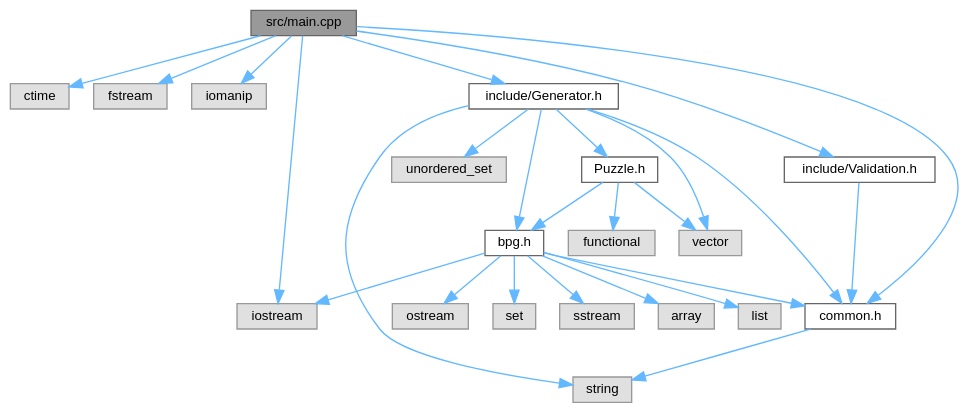
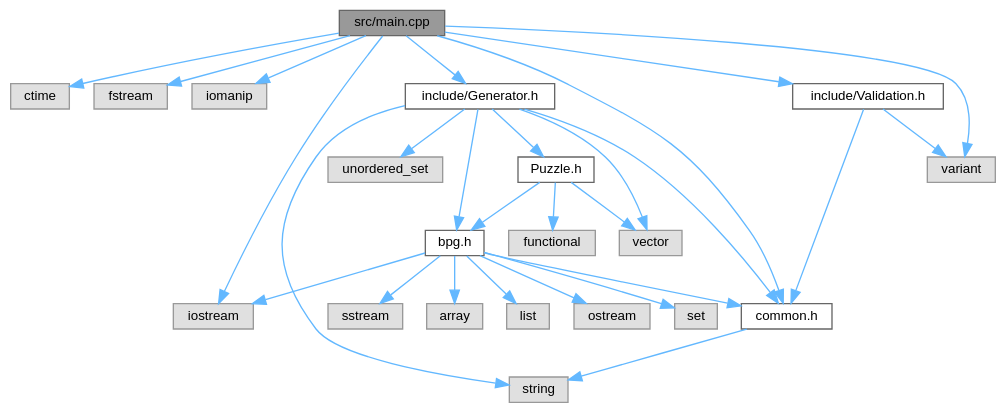
Before and after one commit to Dio720/Battleship-Puzzle-Game-Generator-docs: the diagram in docs/main_8cpp__incl.dot, drawn with Graphviz. The commit also changed 15 other files, not shown here.

```diff
--- a/docs/main_8cpp__incl.dot
+++ b/docs/main_8cpp__incl.dot
@@ -1,51 +1,54 @@
 digraph "src/main.cpp"
 {
  // LATEX_PDF_SIZE
   bgcolor="transparent";
   edge [fontname=Helvetica,fontsize=10,labelfontname=Helvetica,labelfontsize=10];
   node [fontname=Helvetica,fontsize=10,shape=box,height=0.2,width=0.4];
   Node1 [id="Node000001",label="src/main.cpp",height=0.2,width=0.4,color="gray40", fillcolor="grey60", style="filled", fontcolor="black",tooltip="Battleship Puzzle Generator."];
   Node1 -> Node2 [id="edge1_Node000001_Node000002",color="steelblue1",style="solid",tooltip=" "];
   Node2 [id="Node000002",label="ctime",height=0.2,width=0.4,color="grey60", fillcolor="#E0E0E0", style="filled",tooltip=" "];
   Node1 -> Node3 [id="edge2_Node000001_Node000003",color="steelblue1",style="solid",tooltip=" "];
   Node3 [id="Node000003",label="fstream",height=0.2,width=0.4,color="grey60", fillcolor="#E0E0E0", style="filled",tooltip=" "];
   Node1 -> Node4 [id="edge3_Node000001_Node000004",color="steelblue1",style="solid",tooltip=" "];
   Node4 [id="Node000004",label="iomanip",height=0.2,width=0.4,color="grey60", fillcolor="#E0E0E0", style="filled",tooltip=" "];
   Node1 -> Node5 [id="edge4_Node000001_Node000005",color="steelblue1",style="solid",tooltip=" "];
   Node5 [id="Node000005",label="iostream",height=0.2,width=0.4,color="grey60", fillcolor="#E0E0E0", style="filled",tooltip=" "];
   Node1 -> Node6 [id="edge5_Node000001_Node000006",color="steelblue1",style="solid",tooltip=" "];
-  Node6 [id="Node000006",label="include/Generator.h",height=0.2,width=0.4,color="grey40", fillcolor="white", style="filled",URL="$_generator_8h.html",tooltip=" "];
-  Node6 -> Node7 [id="edge6_Node000006_Node000007",color="steelblue1",style="solid",tooltip=" "];
-  Node7 [id="Node000007",label="string",height=0.2,width=0.4,color="grey60", fillcolor="#E0E0E0", style="filled",tooltip=" "];
-  Node6 -> Node8 [id="edge7_Node000006_Node000008",color="steelblue1",style="solid",tooltip=" "];
-  Node8 [id="Node000008",label="vector",height=0.2,width=0.4,color="grey60", fillcolor="#E0E0E0", style="filled",tooltip=" "];
-  Node6 -> Node9 [id="edge8_Node000006_Node000009",color="steelblue1",style="solid",tooltip=" "];
-  Node9 [id="Node000009",label="Puzzle.h",height=0.2,width=0.4,color="grey40", fillcolor="white", style="filled",URL="$_puzzle_8h.html",tooltip=" "];
-  Node9 -> Node10 [id="edge9_Node000009_Node000010",color="steelblue1",style="solid",tooltip=" "];
-  Node10 [id="Node000010",label="functional",height=0.2,width=0.4,color="grey60", fillcolor="#E0E0E0", style="filled",tooltip=" "];
-  Node9 -> Node8 [id="edge10_Node000009_Node000008",color="steelblue1",style="solid",tooltip=" "];
-  Node9 -> Node11 [id="edge11_Node000009_Node000011",color="steelblue1",style="solid",tooltip=" "];
-  Node11 [id="Node000011",label="bpg.h",height=0.2,width=0.4,color="grey40", fillcolor="white", style="filled",URL="$bpg_8h.html",tooltip=" "];
-  Node11 -> Node12 [id="edge12_Node000011_Node000012",color="steelblue1",style="solid",tooltip=" "];
-  Node12 [id="Node000012",label="array",height=0.2,width=0.4,color="grey60", fillcolor="#E0E0E0", style="filled",tooltip=" "];
-  Node11 -> Node5 [id="edge13_Node000011_Node000005",color="steelblue1",style="solid",tooltip=" "];
-  Node11 -> Node13 [id="edge14_Node000011_Node000013",color="steelblue1",style="solid",tooltip=" "];
-  Node13 [id="Node000013",label="list",height=0.2,width=0.4,color="grey60", fillcolor="#E0E0E0", style="filled",tooltip=" "];
-  Node11 -> Node14 [id="edge15_Node000011_Node000014",color="steelblue1",style="solid",tooltip=" "];
-  Node14 [id="Node000014",label="ostream",height=0.2,width=0.4,color="grey60", fillcolor="#E0E0E0", style="filled",tooltip=" "];
-  Node11 -> Node15 [id="edge16_Node000011_Node000015",color="steelblue1",style="solid",tooltip=" "];
-  Node15 [id="Node000015",label="set",height=0.2,width=0.4,color="grey60", fillcolor="#E0E0E0", style="filled",tooltip=" "];
-  Node11 -> Node16 [id="edge17_Node000011_Node000016",color="steelblue1",style="solid",tooltip=" "];
-  Node16 [id="Node000016",label="sstream",height=0.2,width=0.4,color="grey60", fillcolor="#E0E0E0", style="filled",tooltip=" "];
-  Node11 -> Node17 [id="edge18_Node000011_Node000017",color="steelblue1",style="solid",tooltip=" "];
-  Node17 [id="Node000017",label="common.h",height=0.2,width=0.4,color="grey40", fillcolor="white", style="filled",URL="$common_8h.html",tooltip=" "];
-  Node17 -> Node7 [id="edge19_Node000017_Node000007",color="steelblue1",style="solid",tooltip=" "];
-  Node6 -> Node11 [id="edge20_Node000006_Node000011",color="steelblue1",style="solid",tooltip=" "];
-  Node6 -> Node17 [id="edge21_Node000006_Node000017",color="steelblue1",style="solid",tooltip=" "];
-  Node6 -> Node18 [id="edge22_Node000006_Node000018",color="steelblue1",style="solid",tooltip=" "];
-  Node18 [id="Node000018",label="unordered_set",height=0.2,width=0.4,color="grey60", fillcolor="#E0E0E0", style="filled",tooltip=" "];
-  Node1 -> Node19 [id="edge23_Node000001_Node000019",color="steelblue1",style="solid",tooltip=" "];
-  Node19 [id="Node000019",label="include/Validation.h",height=0.2,width=0.4,color="grey40", fillcolor="white", style="filled",URL="$_validation_8h.html",tooltip=" "];
-  Node19 -> Node17 [id="edge24_Node000019_Node000017",color="steelblue1",style="solid",tooltip=" "];
-  Node1 -> Node17 [id="edge25_Node000001_Node000017",color="steelblue1",style="solid",tooltip=" "];
+  Node6 [id="Node000006",label="variant",height=0.2,width=0.4,color="grey60", fillcolor="#E0E0E0", style="filled",tooltip=" "];
+  Node1 -> Node7 [id="edge6_Node000001_Node000007",color="steelblue1",style="solid",tooltip=" "];
+  Node7 [id="Node000007",label="include/Generator.h",height=0.2,width=0.4,color="grey40", fillcolor="white", style="filled",URL="$_generator_8h.html",tooltip=" "];
+  Node7 -> Node8 [id="edge7_Node000007_Node000008",color="steelblue1",style="solid",tooltip=" "];
+  Node8 [id="Node000008",label="string",height=0.2,width=0.4,color="grey60", fillcolor="#E0E0E0", style="filled",tooltip=" "];
+  Node7 -> Node9 [id="edge8_Node000007_Node000009",color="steelblue1",style="solid",tooltip=" "];
+  Node9 [id="Node000009",label="vector",height=0.2,width=0.4,color="grey60", fillcolor="#E0E0E0", style="filled",tooltip=" "];
+  Node7 -> Node10 [id="edge9_Node000007_Node000010",color="steelblue1",style="solid",tooltip=" "];
+  Node10 [id="Node000010",label="Puzzle.h",height=0.2,width=0.4,color="grey40", fillcolor="white", style="filled",URL="$_puzzle_8h.html",tooltip=" "];
+  Node10 -> Node11 [id="edge10_Node000010_Node000011",color="steelblue1",style="solid",tooltip=" "];
+  Node11 [id="Node000011",label="functional",height=0.2,width=0.4,color="grey60", fillcolor="#E0E0E0", style="filled",tooltip=" "];
+  Node10 -> Node9 [id="edge11_Node000010_Node000009",color="steelblue1",style="solid",tooltip=" "];
+  Node10 -> Node12 [id="edge12_Node000010_Node000012",color="steelblue1",style="solid",tooltip=" "];
+  Node12 [id="Node000012",label="bpg.h",height=0.2,width=0.4,color="grey40", fillcolor="white", style="filled",URL="$bpg_8h.html",tooltip=" "];
+  Node12 -> Node13 [id="edge13_Node000012_Node000013",color="steelblue1",style="solid",tooltip=" "];
+  Node13 [id="Node000013",label="array",height=0.2,width=0.4,color="grey60", fillcolor="#E0E0E0", style="filled",tooltip=" "];
+  Node12 -> Node5 [id="edge14_Node000012_Node000005",color="steelblue1",style="solid",tooltip=" "];
+  Node12 -> Node14 [id="edge15_Node000012_Node000014",color="steelblue1",style="solid",tooltip=" "];
+  Node14 [id="Node000014",label="list",height=0.2,width=0.4,color="grey60", fillcolor="#E0E0E0", style="filled",tooltip=" "];
+  Node12 -> Node15 [id="edge16_Node000012_Node000015",color="steelblue1",style="solid",tooltip=" "];
+  Node15 [id="Node000015",label="ostream",height=0.2,width=0.4,color="grey60", fillcolor="#E0E0E0", style="filled",tooltip=" "];
+  Node12 -> Node16 [id="edge17_Node000012_Node000016",color="steelblue1",style="solid",tooltip=" "];
+  Node16 [id="Node000016",label="set",height=0.2,width=0.4,color="grey60", fillcolor="#E0E0E0", style="filled",tooltip=" "];
+  Node12 -> Node17 [id="edge18_Node000012_Node000017",color="steelblue1",style="solid",tooltip=" "];
+  Node17 [id="Node000017",label="sstream",height=0.2,width=0.4,color="grey60", fillcolor="#E0E0E0", style="filled",tooltip=" "];
+  Node12 -> Node18 [id="edge19_Node000012_Node000018",color="steelblue1",style="solid",tooltip=" "];
+  Node18 [id="Node000018",label="common.h",height=0.2,width=0.4,color="grey40", fillcolor="white", style="filled",URL="$common_8h.html",tooltip=" "];
+  Node18 -> Node8 [id="edge20_Node000018_Node000008",color="steelblue1",style="solid",tooltip=" "];
+  Node7 -> Node12 [id="edge21_Node000007_Node000012",color="steelblue1",style="solid",tooltip=" "];
+  Node7 -> Node18 [id="edge22_Node000007_Node000018",color="steelblue1",style="solid",tooltip=" "];
+  Node7 -> Node19 [id="edge23_Node000007_Node000019",color="steelblue1",style="solid",tooltip=" "];
+  Node19 [id="Node000019",label="unordered_set",height=0.2,width=0.4,color="grey60", fillcolor="#E0E0E0", style="filled",tooltip=" "];
+  Node1 -> Node20 [id="edge24_Node000001_Node000020",color="steelblue1",style="solid",tooltip=" "];
+  Node20 [id="Node000020",label="include/Validation.h",height=0.2,width=0.4,color="grey40", fillcolor="white", style="filled",URL="$_validation_8h.html",tooltip=" "];
+  Node20 -> Node18 [id="edge25_Node000020_Node000018",color="steelblue1",style="solid",tooltip=" "];
+  Node20 -> Node6 [id="edge26_Node000020_Node000006",color="steelblue1",style="solid",tooltip=" "];
+  Node1 -> Node18 [id="edge27_Node000001_Node000018",color="steelblue1",style="solid",tooltip=" "];
 }
```
